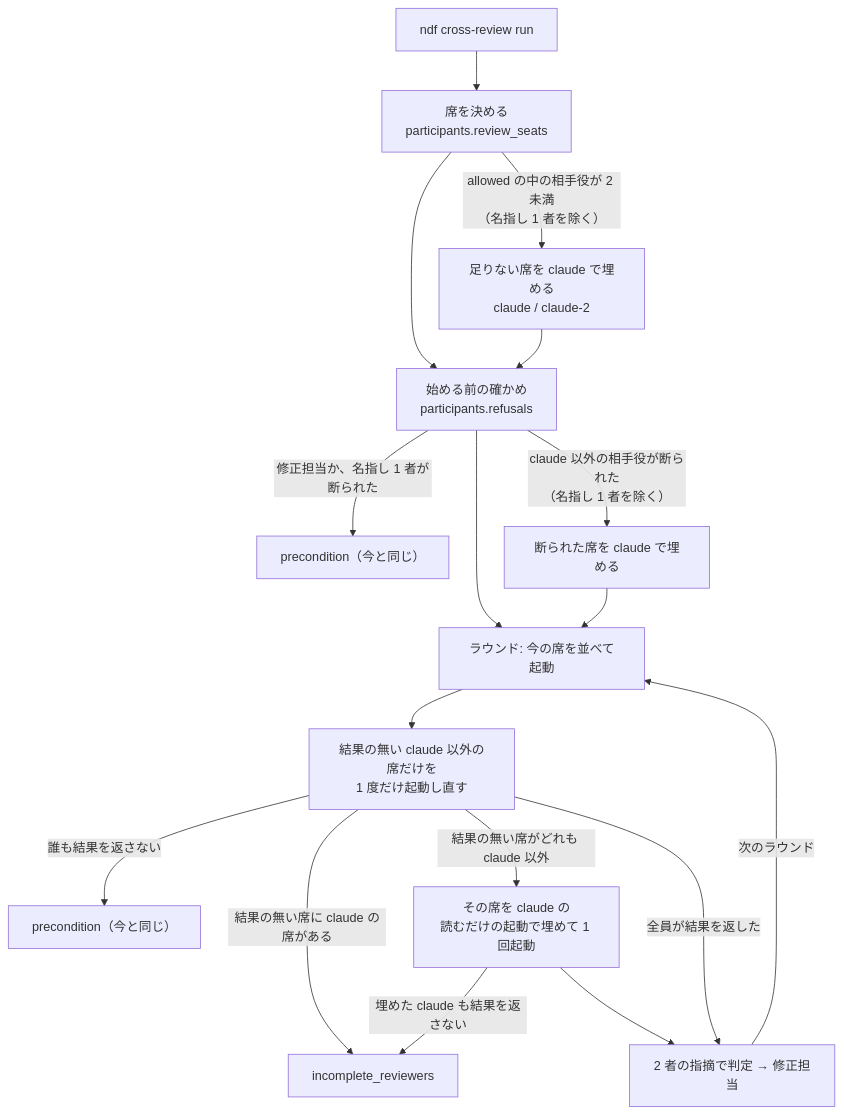
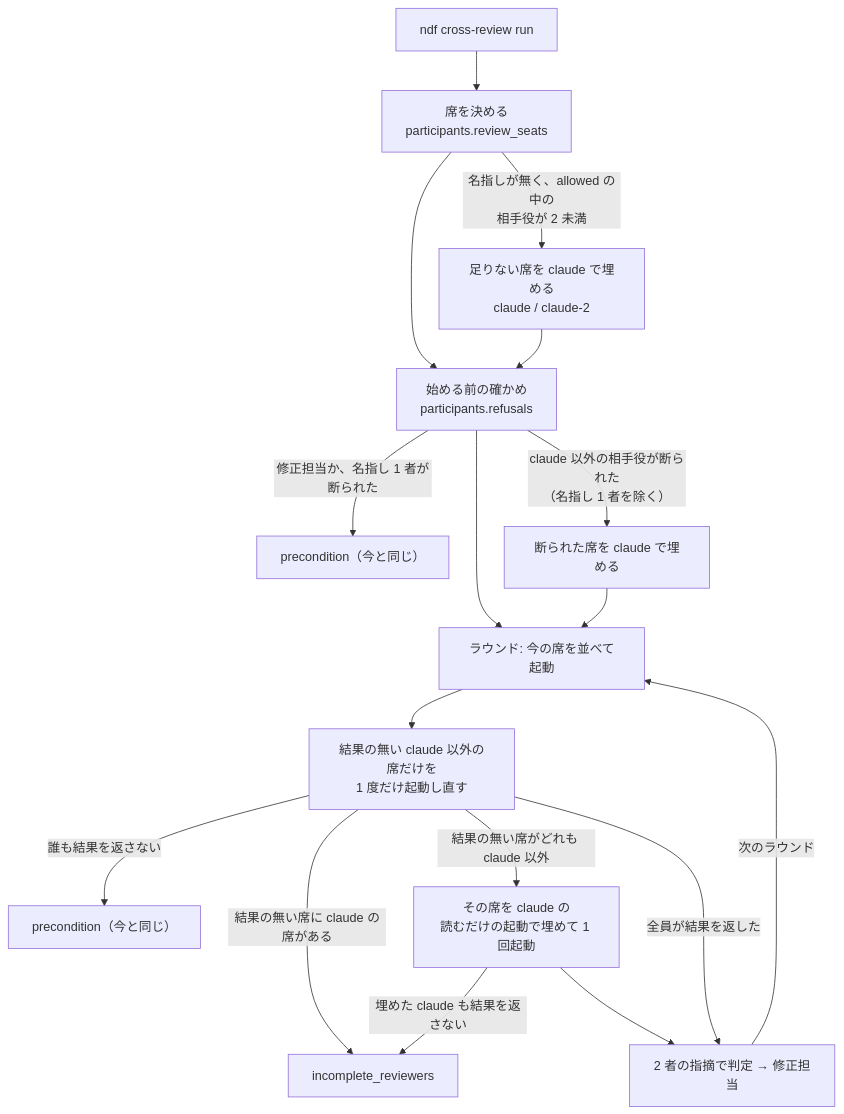
Before and after one commit to devbasex/ai-plugins: the second of 4 diagrams in issues/issue-3955-design.md, drawn with Mermaid. The commit also changed other lines of this file and 1 other file, not shown here.

````diff
--- a/issues/issue-3955-design.md
+++ b/issues/issue-3955-design.md
@@ -53,19 +53,19 @@
 ```mermaid
 graph TD
   A["ndf cross-review run"] --> B["席を決める<br/>participants.review_seats"]
-  B -->|"allowed の中の相手役が 2 未満<br/>（名指し 1 者を除く）"| B2["足りない席を claude で埋める<br/>claude / claude-2"]
+  B -->|"名指しが無く、allowed の中の<br/>相手役が 2 未満"| B2["足りない席を claude で埋める<br/>claude / claude-2"]
   B --> U["始める前の確かめ<br/>participants.refusals"]
   B2 --> U
   U -->|"修正担当か、名指し 1 者が断られた"| X0["precondition（今と同じ）"]
   U -->|"claude 以外の相手役が断られた<br/>（名指し 1 者を除く）"| B3["断られた席を claude で埋める"]
   U --> C["ラウンド: 今の席を並べて起動"]
   B3 --> C
   C --> D["結果の無い claude 以外の席だけを<br/>1 度だけ起動し直す"]
   D -->|"誰も結果を返さない"| X2["precondition（今と同じ）"]
   D -->|"結果の無い席に claude の席がある"| X3["incomplete_reviewers"]
   D -->|"結果の無い席がどれも claude 以外"| F["その席を claude の<br/>読むだけの起動で埋めて 1 回起動"]
   F -->|"埋めた claude も結果を返さない"| X3
   F --> E["2 者の指摘で判定 → 修正担当"]
   D -->|"全員が結果を返した"| E
   E -->|"次のラウンド"| C
 ```
````
